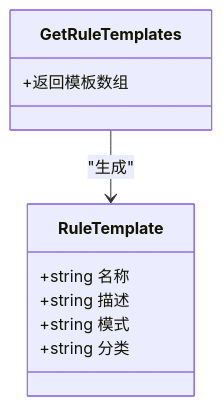
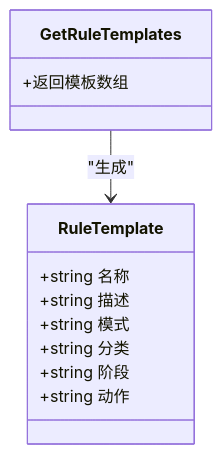
One commit to x01n/My-OpenWaf changed the sixth of 9 diagrams in docs/管理 API 系统/规则管理 API/规则导入导出.md. Above: the diagram before and after it, drawn with Mermaid. The commit also changed other lines of this file and 354 other files, not shown here.

````diff
--- a/docs/管理 API 系统/规则管理 API/规则导入导出.md
+++ b/docs/管理 API 系统/规则管理 API/规则导入导出.md
@@ -263,13 +265,15 @@
 ```mermaid
 classDiagram
 class RuleTemplate {
 +string 名称
 +string 描述
 +string 模式
 +string 分类
++string 阶段
++string 动作
 }
 class GetRuleTemplates {
 +返回模板数组
 }
 GetRuleTemplates --> RuleTemplate : "生成"
 ```
````
